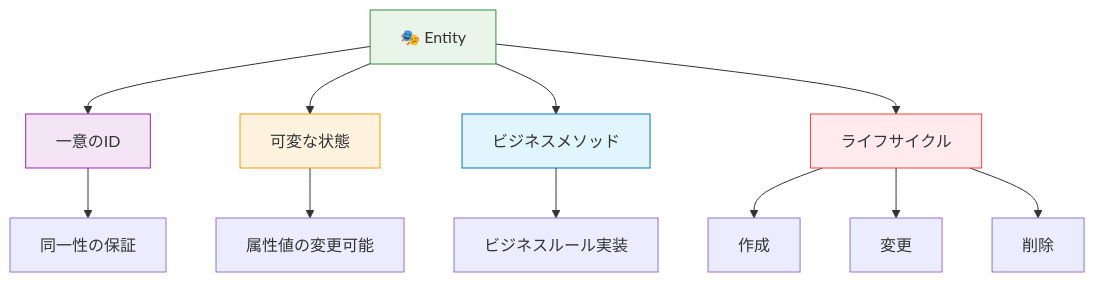
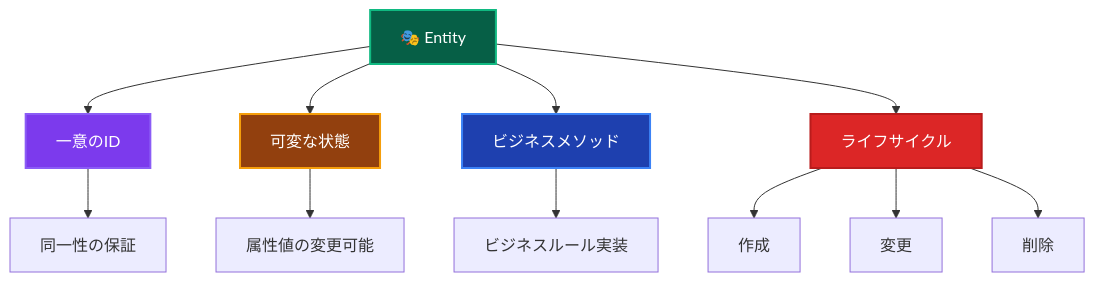
Before and after one commit to derushio/d-next-ddd-example: the diagram in _DOCS/guides/ddd/layers/components/entities.md, drawn with Mermaid. The commit also changed 31 other files, not shown here.

Commit message:
🎨: DOCSのMermaid図表カラーテーマを暗色に統一し視認性を向上

````diff
--- a/_DOCS/guides/ddd/layers/components/entities.md
+++ b/_DOCS/guides/ddd/layers/components/entities.md
@@ -13,20 +13,20 @@
 ```mermaid
 graph TD
     ENTITY[🎭 Entity] --> ID[一意のID]
     ENTITY --> STATE[可変な状態]
     ENTITY --> BEHAVIOR[ビジネスメソッド]
     ENTITY --> LIFECYCLE[ライフサイクル]
     
     ID --> IDENTITY[同一性の保証]
     STATE --> ATTRIBUTES[属性値の変更可能]
     BEHAVIOR --> BUSINESS_LOGIC[ビジネスルール実装]
     LIFECYCLE --> CREATION[作成]
     LIFECYCLE --> CHANGE[変更]
     LIFECYCLE --> DELETION[削除]
     
-    style ENTITY fill:#e8f5e8,stroke:#388e3c
-    style ID fill:#f3e5f5,stroke:#9c27b0
-    style STATE fill:#fff3e0,stroke:#ff9800
-    style BEHAVIOR fill:#e1f5fe,stroke:#0277bd
-    style LIFECYCLE fill:#ffebee,stroke:#f44336
+    style ENTITY fill:#065f46,stroke:#10b981,stroke-width:2px,color:#ffffff
+    style ID fill:#7c3aed,stroke:#8b5cf6,stroke-width:2px,color:#ffffff
+    style STATE fill:#92400e,stroke:#f59e0b,stroke-width:2px,color:#ffffff
+    style BEHAVIOR fill:#1e40af,stroke:#3b82f6,stroke-width:2px,color:#ffffff
+    style LIFECYCLE fill:#dc2626,stroke:#b91c1c,stroke-width:2px,color:#ffffff
 ```
````
